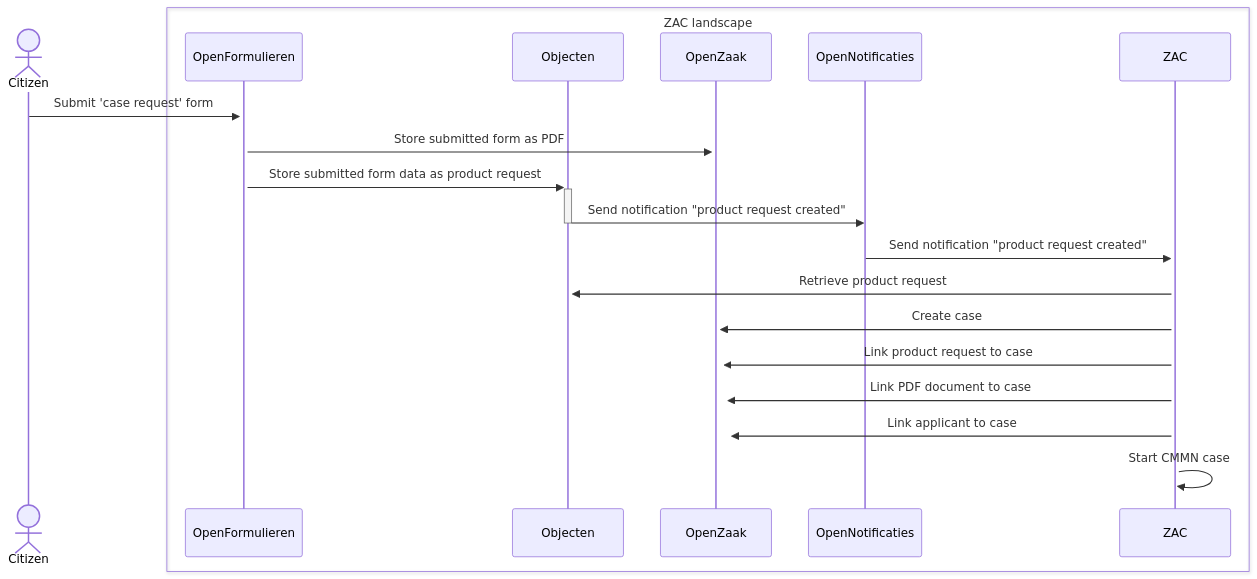
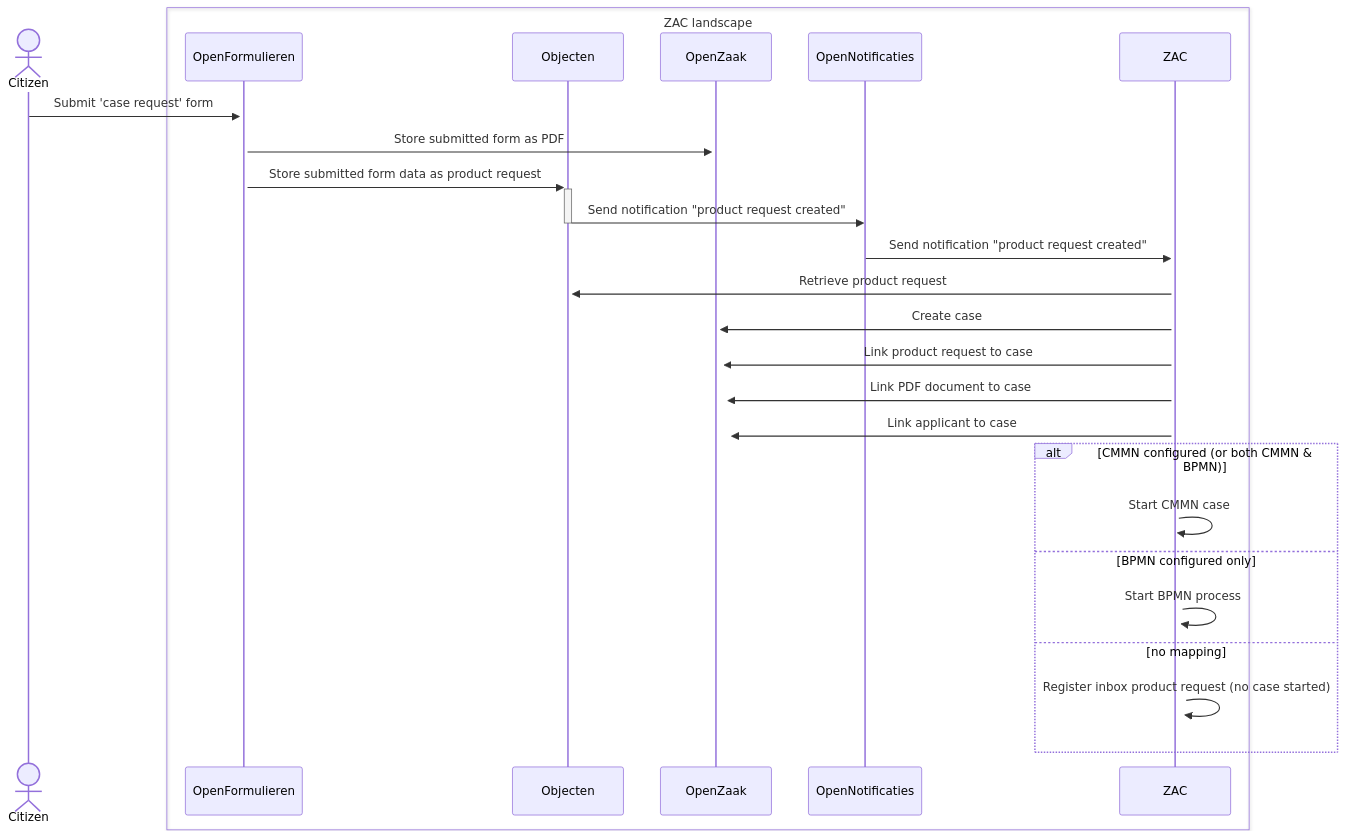
Before and after one commit to infonl/dimpact-zaakafhandelcomponent: the diagram in docs/solution-architecture/openFormulierenIntegration.md, drawn with Mermaid. The commit also changed other lines of this file and 2 other files, not shown here.

Commit message:
feat: create and start BPMN zaak for the given productaanvraagtype
When the given productaanvraagtpe exists for a CMMN zaaktype as well, ignore BPMN zaak

Solves [PZ-8051]

Respective columns are required to start a BPMN zaaktype and getting authorized BPMN zaken

Solves [PZ-8050]

````diff
--- a/docs/solution-architecture/openFormulierenIntegration.md
+++ b/docs/solution-architecture/openFormulierenIntegration.md
@@ -29,23 +33,29 @@
 ```mermaid
 sequenceDiagram
     actor Citizen
     box ZAC landscape
     participant OpenFormulieren
     participant Objecten
     participant OpenZaak
     participant OpenNotificaties
     participant ZAC
     end
 
     Citizen->>+OpenFormulieren: Submit 'case request' form
     OpenFormulieren->>+OpenZaak: Store submitted form as PDF
     OpenFormulieren->>+Objecten: Store submitted form data as product request
     Objecten->>-OpenNotificaties: Send notification "product request created"
     OpenNotificaties->>+ZAC: Send notification "product request created"
     ZAC->>+Objecten: Retrieve product request
     ZAC->>+OpenZaak: Create case
     ZAC->>+OpenZaak: Link product request to case
     ZAC->>+OpenZaak: Link PDF document to case
     ZAC->>+OpenZaak: Link applicant to case
-    ZAC->>+ZAC: Start CMMN case
+    alt CMMN configured (or both CMMN & BPMN)
+        ZAC->>+ZAC: Start CMMN case
+    else BPMN configured only
+        ZAC->>+ZAC: Start BPMN process
+    else no mapping
+        ZAC->>+ZAC: Register inbox product request (no case started)
+    end
 ```
````
